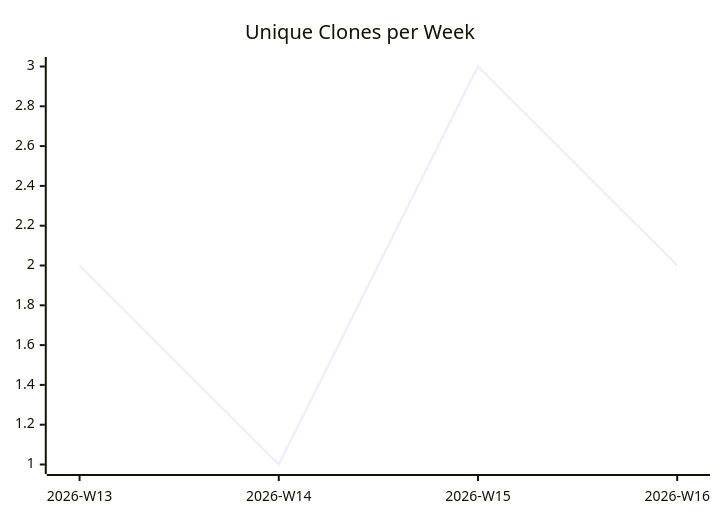
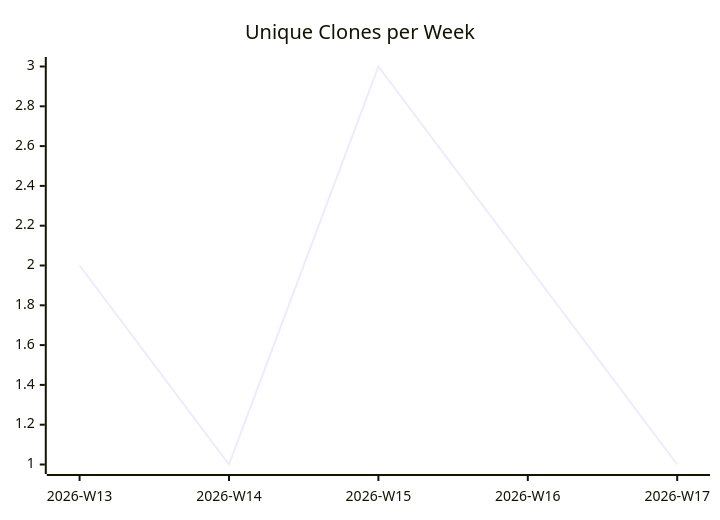
The third of 3 diagrams in karlmdavis/kobjects/README.md (justdavis-family/github-analytics-data), drawn with Mermaid before and after one commit. The commit also changed other lines of this file and 192 other files, not shown here.

````diff
--- a/karlmdavis/kobjects/README.md
+++ b/karlmdavis/kobjects/README.md
@@ -19,6 +19,6 @@
 ```mermaid
 xychart-beta
   title "Unique Clones per Week"
-  x-axis ["2026-W13", "2026-W14", "2026-W15", "2026-W16"]
-  line [2, 1, 3, 2]
+  x-axis ["2026-W13", "2026-W14", "2026-W15", "2026-W16", "2026-W17"]
+  line [2, 1, 3, 2, 1]
 ```
````
